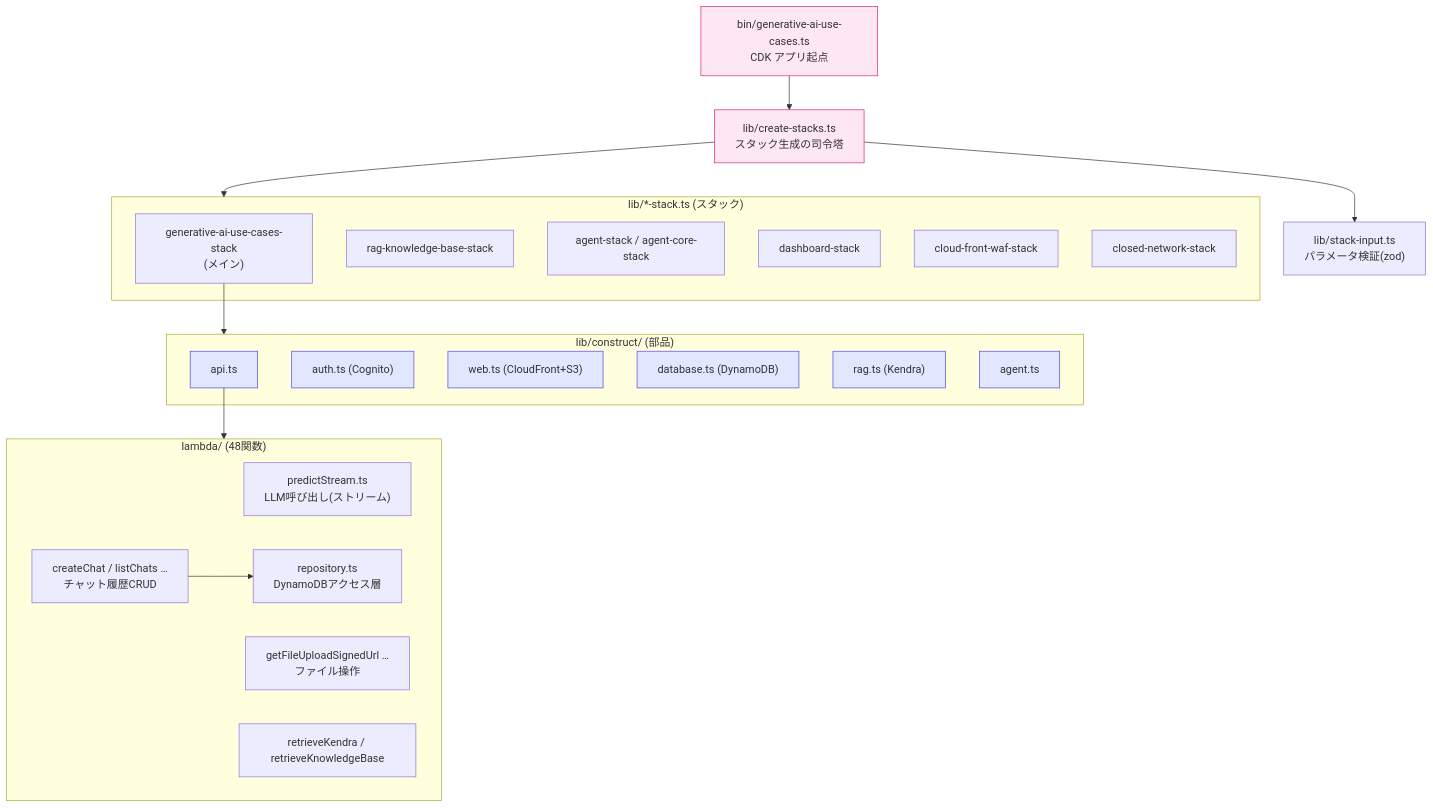
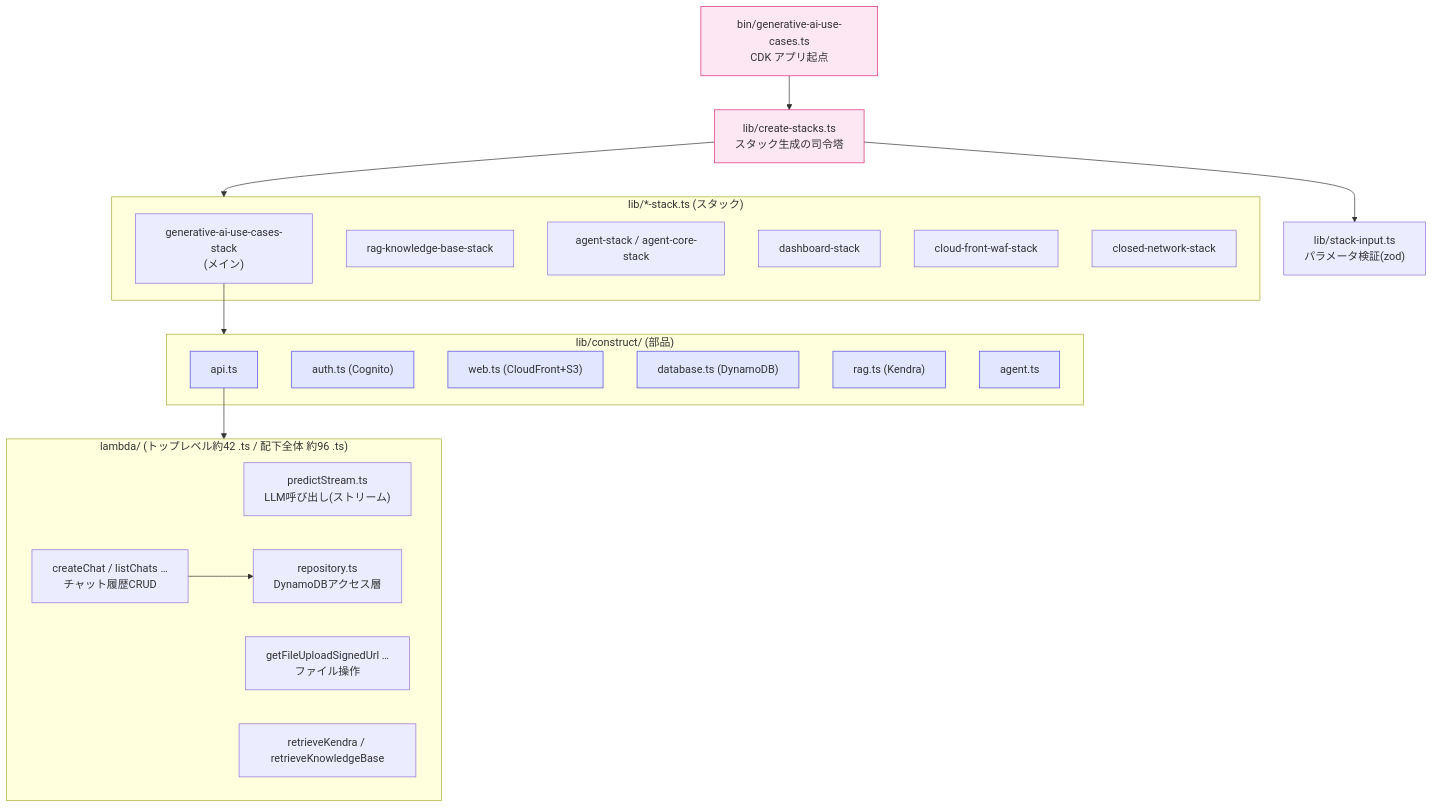
The fourth of 4 diagrams in docs/mydocs/code-map.md (Noriaki-4/aws-genu-study), drawn with Mermaid before and after one commit. The commit also changed other lines of this file, not shown here.

````diff
--- a/docs/mydocs/code-map.md
+++ b/docs/mydocs/code-map.md
@@ -152,44 +152,44 @@
 ```mermaid
 graph TD
     bin["bin/generative-ai-use-cases.ts<br/>CDK アプリ起点"]
     createStacks["lib/create-stacks.ts<br/>スタック生成の司令塔"]
     stackInput["lib/stack-input.ts<br/>パラメータ検証(zod)"]
 
     bin --> createStacks
     createStacks --> stackInput
 
     createStacks --> stacks
     subgraph stacks["lib/*-stack.ts (スタック)"]
         main["generative-ai-use-cases-stack<br/>(メイン)"]
         rag["rag-knowledge-base-stack"]
         agent["agent-stack / agent-core-stack"]
         dash["dashboard-stack"]
         waf["cloud-front-waf-stack"]
         closed["closed-network-stack"]
     end
 
     main --> constructs
     subgraph constructs["lib/construct/ (部品)"]
         apiC["api.ts"]
         authC["auth.ts (Cognito)"]
         webC["web.ts (CloudFront+S3)"]
         dbC["database.ts (DynamoDB)"]
         ragC["rag.ts (Kendra)"]
         agentC["agent.ts"]
     end
 
     apiC --> lambdas
-    subgraph lambdas["lambda/ (48関数)"]
+    subgraph lambdas["lambda/ (トップレベル約42 .ts / 配下全体 約96 .ts)"]
         predict["predictStream.ts<br/>LLM呼び出し(ストリーム)"]
         crud["createChat / listChats …<br/>チャット履歴CRUD"]
         file["getFileUploadSignedUrl …<br/>ファイル操作"]
         ragL["retrieveKendra / retrieveKnowledgeBase"]
         repo["repository.ts<br/>DynamoDBアクセス層"]
     end
     crud --> repo
 
     classDef entry fill:#fce7f3,stroke:#db2777;
     classDef construct fill:#e0e7ff,stroke:#4f46e5;
     class bin,createStacks entry;
     class apiC,authC,webC,dbC,ragC,agentC construct;
 ```
````
